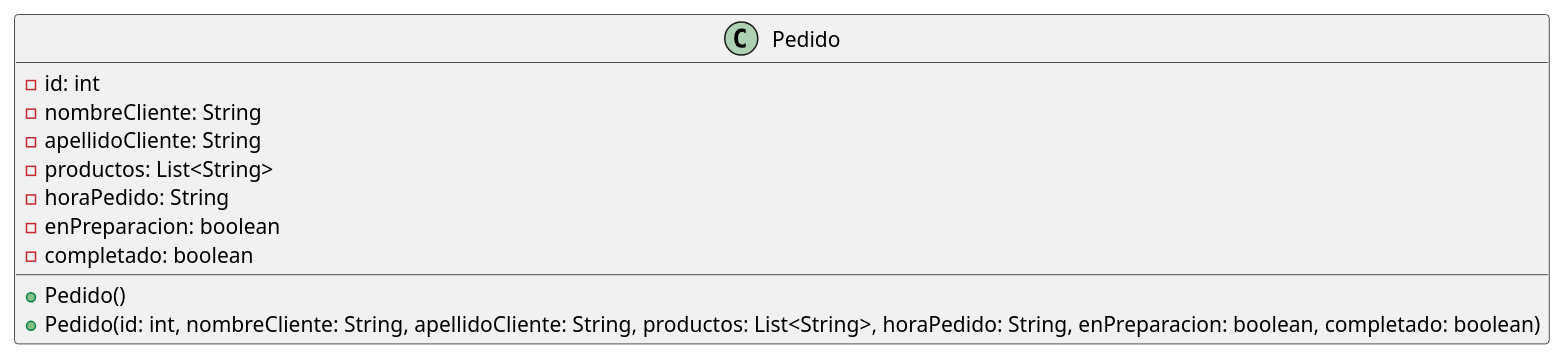
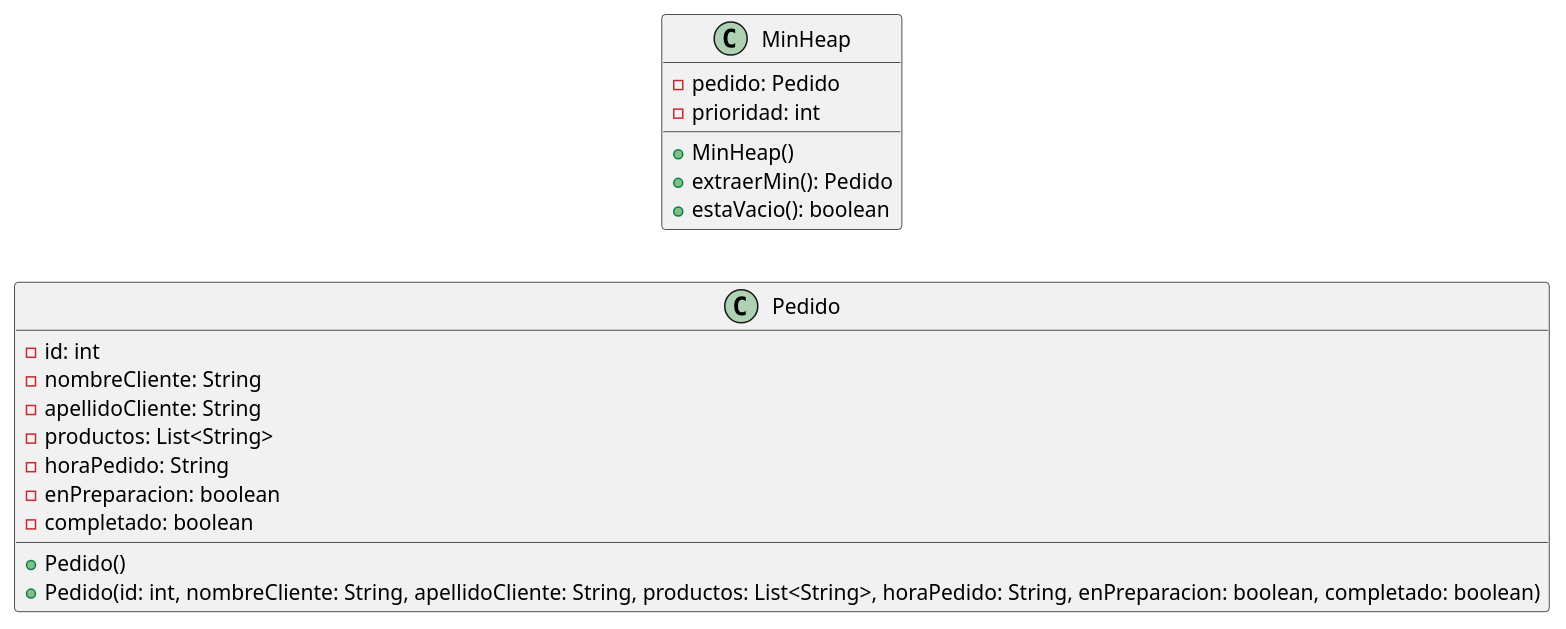
Before and after one commit to FelipeRojoC/CLION_Taller2_FelipeRojo: the diagram in DiagramaDeClases.puml, drawn with PlantUML.

Commit message:
fix: Se agrega la clase MinHeap al Diagrama de clases con sus atributos y metodos

```diff
--- a/DiagramaDeClases.puml
+++ b/DiagramaDeClases.puml
@@ -1,18 +1,25 @@
 @startuml
 
 left to right direction
 
 class Pedido{
     - id: int
     - nombreCliente: String
     - apellidoCliente: String
     - productos: List<String>
     - horaPedido: String
     - enPreparacion: boolean
     - completado: boolean
-
     + Pedido()
     + Pedido(id: int, nombreCliente: String, apellidoCliente: String, productos: List<String>, horaPedido: String, enPreparacion: boolean, completado: boolean)
 }
 
+class MinHeap{
+    - pedido: Pedido
+    - prioridad: int
+    + MinHeap()
+    + extraerMin(): Pedido
+    + estaVacio(): boolean
+}
+
 @enduml
```
